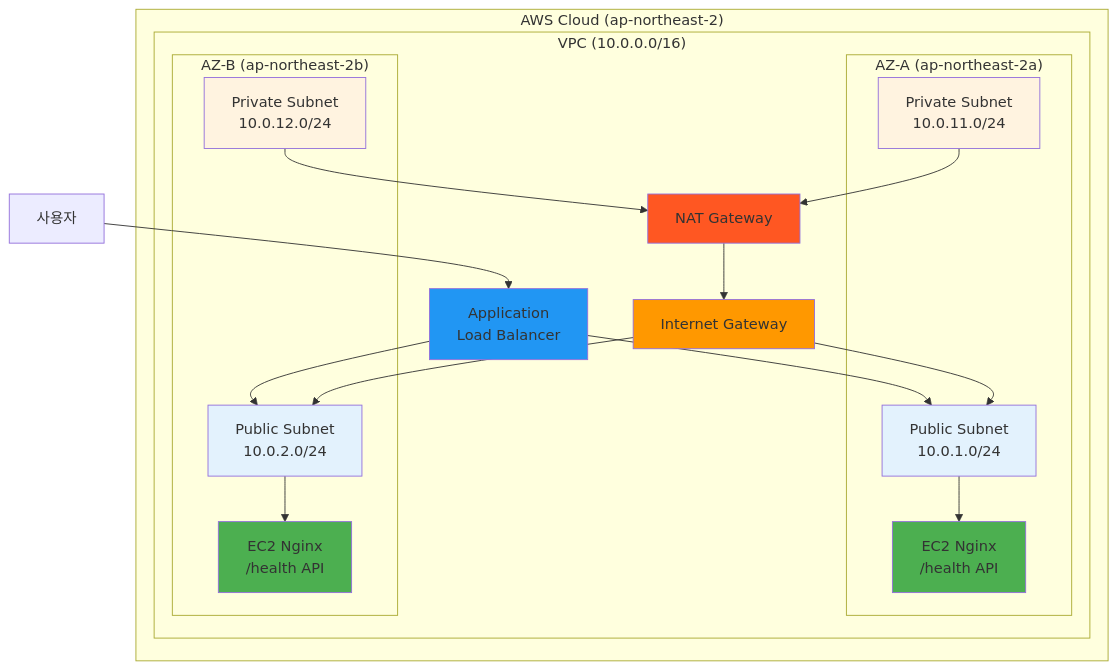
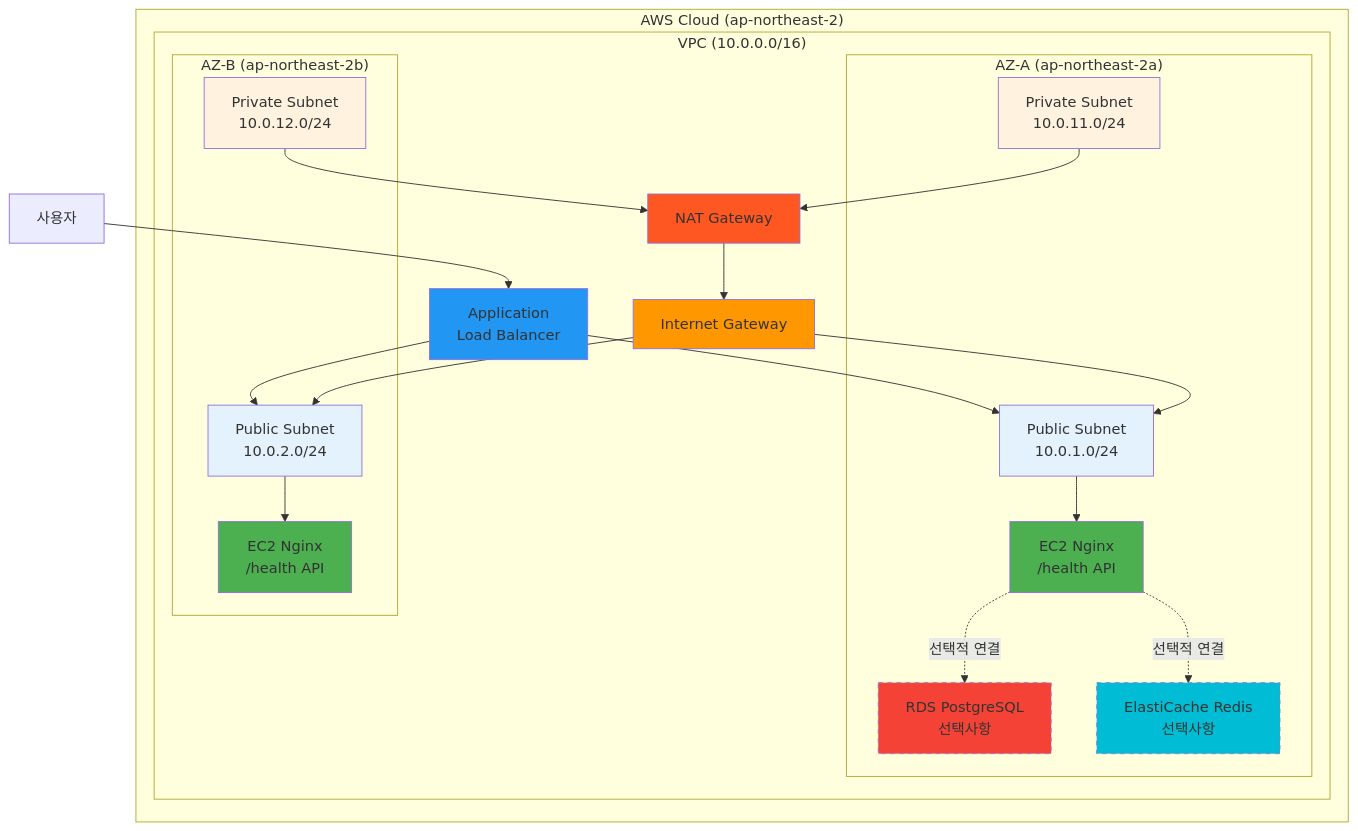
The diagram in theory/week_05/day5/lab_1.md (niceguy61/kdt_devops_lecture_2025), drawn with Mermaid before and after one commit. The commit also changed other lines of this file, not shown here.

````diff
--- a/theory/week_05/day5/lab_1.md
+++ b/theory/week_05/day5/lab_1.md
@@ -32,47 +32,54 @@
 ```mermaid
 graph TB
     subgraph "AWS Cloud (ap-northeast-2)"
         subgraph "VPC (10.0.0.0/16)"
             IGW[Internet Gateway]
             NAT[NAT Gateway]
             
             subgraph "AZ-A (ap-northeast-2a)"
                 PUB_A[Public Subnet<br/>10.0.1.0/24]
                 PRIV_A[Private Subnet<br/>10.0.11.0/24]
                 EC2_A[EC2 Nginx<br/>/health API]
+                RDS_A[RDS PostgreSQL<br/>선택사항]
+                REDIS_A[ElastiCache Redis<br/>선택사항]
             end
             
             subgraph "AZ-B (ap-northeast-2b)"
                 PUB_B[Public Subnet<br/>10.0.2.0/24]
                 PRIV_B[Private Subnet<br/>10.0.12.0/24]
                 EC2_B[EC2 Nginx<br/>/health API]
             end
             
             ALB[Application<br/>Load Balancer]
         end
     end
     
     USER[사용자] --> ALB
     ALB --> PUB_A
     ALB --> PUB_B
     
     PUB_A --> EC2_A
     PUB_B --> EC2_B
     
     IGW --> PUB_A
     IGW --> PUB_B
     
     PRIV_A --> NAT
     PRIV_B --> NAT
     NAT --> IGW
     
+    EC2_A -.선택적 연결.-> RDS_A
+    EC2_A -.선택적 연결.-> REDIS_A
+    
     style IGW fill:#ff9800
     style NAT fill:#ff5722
     style ALB fill:#2196f3
     style EC2_A fill:#4caf50
     style EC2_B fill:#4caf50
+    style RDS_A fill:#f44336,stroke-dasharray: 5 5
+    style REDIS_A fill:#00bcd4,stroke-dasharray: 5 5
     style PUB_A fill:#e3f2fd
     style PUB_B fill:#e3f2fd
     style PRIV_A fill:#fff3e0
     style PRIV_B fill:#fff3e0
 ```
````
